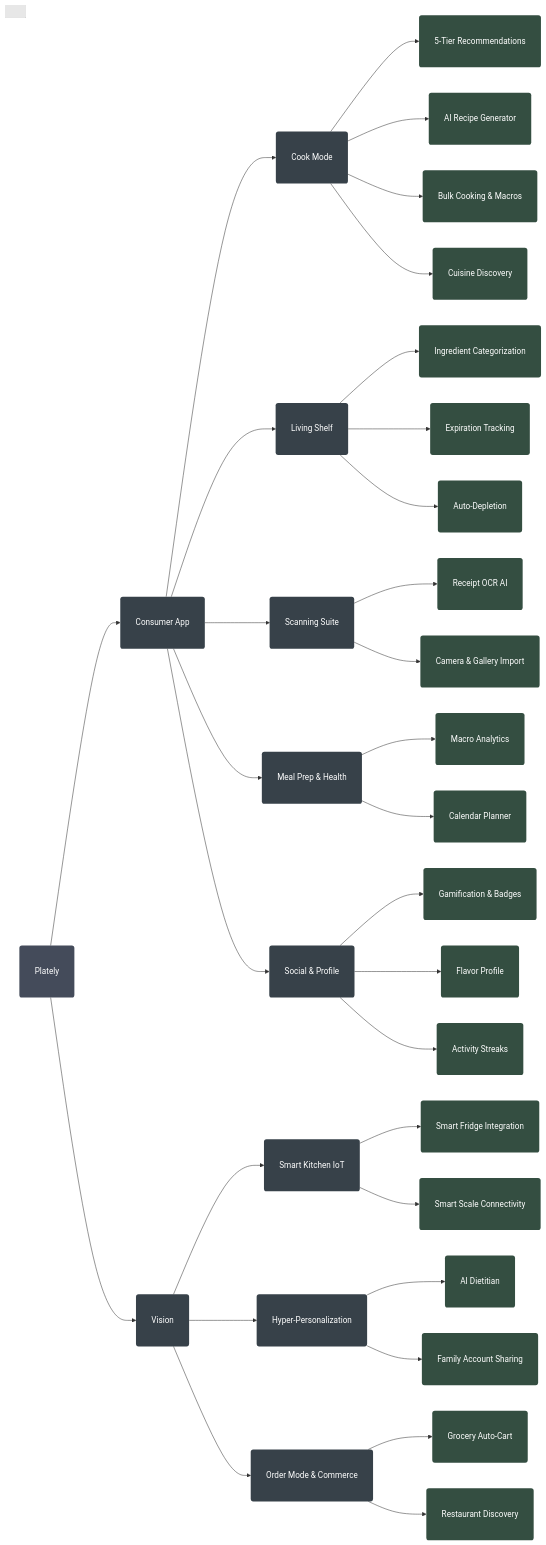
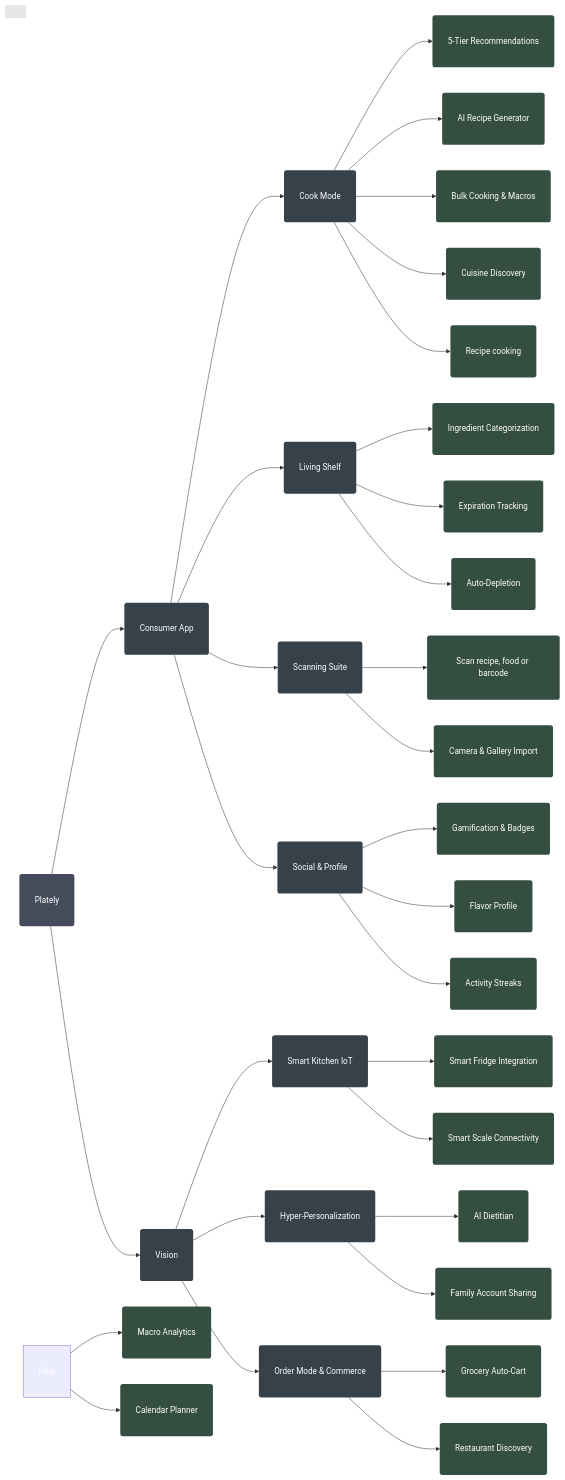
One commit to shukurillo0526/Plately changed the diagram in docs/ECOSYSTEM.md. Above: the diagram before and after it, drawn with Mermaid.

````diff
--- a/docs/ECOSYSTEM.md
+++ b/docs/ECOSYSTEM.md
@@ -41,62 +41,74 @@
 ```mermaid
 flowchart LR
     %% Styling to match the dark aesthetic
     classDef root fill:#444b5a,color:#fff,stroke:none,rx:5,ry:5,padding:20px;
     classDef level1 fill:#374149,color:#fff,stroke:none,rx:5,ry:5;
     classDef level2 fill:#374149,color:#fff,stroke:none,rx:5,ry:5;
     classDef level3 fill:#344e41,color:#fff,stroke:none,rx:5,ry:5;
 
     Root["Plately"]:::root
 
     %% Level 1
     Root --> App["Consumer App"]:::level1
     Root --> Vision["Vision"]:::level1
 
     %% Level 2 - App Modules
     App --> Cook["Cook Mode"]:::level2
     App --> Shelf["Living Shelf"]:::level2
     App --> Scan["Scanning Suite"]:::level2
-    App --> Prep["Meal Prep & Health"]:::level2
     App --> Social["Social & Profile"]:::level2
 
     %% Level 3 - Cook
     Cook --> Rec["5-Tier Recommendations"]:::level3
     Cook --> Gen["AI Recipe Generator"]:::level3
     Cook --> Bulk["Bulk Cooking & Macros"]:::level3
     Cook --> Cuis["Cuisine Discovery"]:::level3
+    Cook --> Rcook["Recipe cooking"]:::level3
 
     %% Level 3 - Shelf
     Shelf --> Cat["Ingredient Categorization"]:::level3
     Shelf --> Exp["Expiration Tracking"]:::level3
     Shelf --> Dep["Auto-Depletion"]:::level3
 
     %% Level 3 - Scan
-    Scan --> Ocr["Receipt OCR AI"]:::level3
-    Scan --> Cam["Camera & Gallery Import"]:::level3
+    Scan --> SFood["Scan recipe, food or barcode"]:::level3
+    Scan --> SCal["Camera & Gallery Import"]:::level3
 
     %% Level 3 - Prep
     Prep --> Mac["Macro Analytics"]:::level3
     Prep --> Cal["Calendar Planner"]:::level3
 
     %% Level 3 - Social
     Social --> Gam["Gamification & Badges"]:::level3
     Social --> Fla["Flavor Profile"]:::level3
     Social --> Str["Activity Streaks"]:::level3
 
     %% Level 2 - Vision
     Vision --> IoT["Smart Kitchen IoT"]:::level2
     Vision --> Hyper["Hyper-Personalization"]:::level2
     Vision --> Order["Order Mode & Commerce"]:::level2
 
     %% Level 3 - Vision -> IoT
     IoT --> Fridge["Smart Fridge Integration"]:::level3
     IoT --> Scale["Smart Scale Connectivity"]:::level3
 
     %% Level 3 - Vision -> Hyper
     Hyper --> Diet["AI Dietitian"]:::level3
     Hyper --> Fam["Family Account Sharing"]:::level3
 
     %% Level 3 - Vision -> Order
     Order --> Cart["Grocery Auto-Cart"]:::level3
     Order --> Res["Restaurant Discovery"]:::level3
+
+    %% Level 4 - SFood -> Receipt
+    
+    %% Level 4 - SFood -> Food
+
+    %% Level 4 - SFood -> Barcode
+
+    %% Level 4 - SCal -> Camera
+
+    %% Level 4 - SCal -> Gellery
+    
+    
 ```
````
